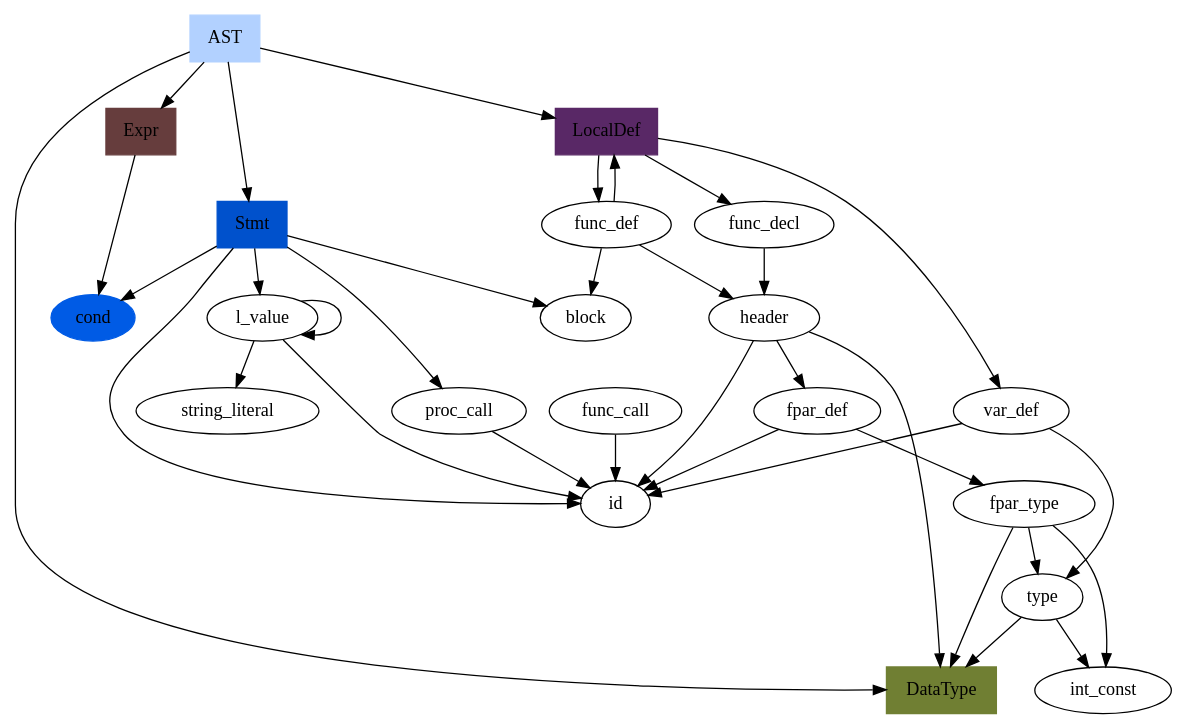
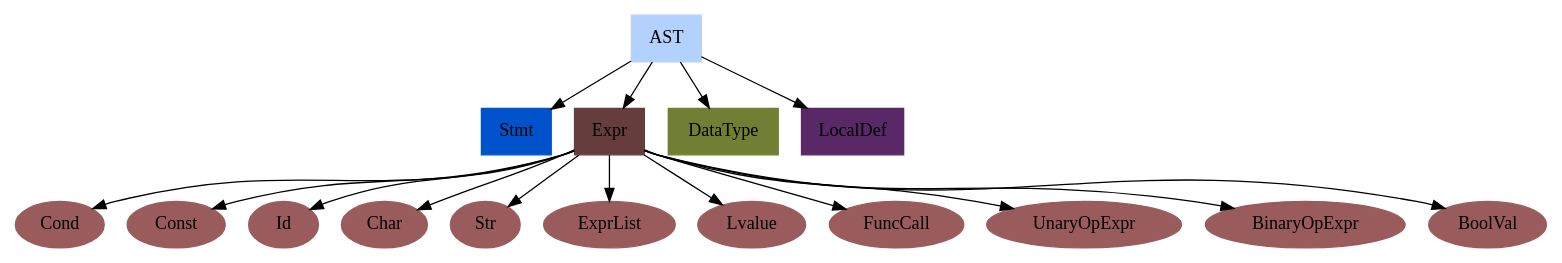
The diagram in visualizations/hierarchy.dot (orion-3464/yadanac), drawn with Graphviz before and after one commit. The commit also changed 1 other file, not shown here.

```diff
--- a/visualizations/hierarchy.dot
+++ b/visualizations/hierarchy.dot
@@ -1,60 +1,25 @@
 digraph AST {
     ast [label = "AST", shape = box, weight = 8, style = filled, color = ".6 .3 1.0"];
 
     stmt [label = "Stmt", shape = box, weight = 8, style = filled, color = ".6 1.0 .8"];
     expr [label = "Expr", shape = box, weight = 8, style = filled, color = "1.0 .4 .4"];
     data_type [label = "DataType", shape = box, weight = 8, style = filled, color = ".2 .6 .5"]; 
     local_def [label = "LocalDef", shape = box, weight = 8, style = filled, color = ".8 .6 .4"];
 
-    cond [label = cond, weight = 8, style = filled, color = ".6 1.0 .9"];
-
-    func_def;
-    
-    header;
-    local_def;
-    block;
-
-    id;
-    fpar_def;
-
-    fpar_type;
-
-    type;
-    int_const;
-
-    func_decl;
-    var_def;
-
-    l_value;
-    proc_call;
-    
-    string_literal;
+    cond [label = Cond, weight = 8, style = filled, color = "1.0 .4 .6"];
+    const [label = Const, weight = 8, style = filled, color = "1.0 .4 .6"];
+    id [label = Id, weight = 8, style = filled, color = "1.0 .4 .6"];
+    char [label = Char, weight = 8, style = filled, color = "1.0 .4 .6"];
+    str [label = Str, weight = 8, style = filled, color = "1.0 .4 .6"];
+    expr_list [label = ExprList, weight = 8, style = filled, color = "1.0 .4 .6"];
+    lvalue [label = Lvalue, weight = 8, style = filled, color = "1.0 .4 .6"];
+    func_call [label = FuncCall, weight = 8, style = filled, color = "1.0 .4 .6"];
+    un_expr [label = UnaryOpExpr, weight = 8, style = filled, color = "1.0 .4 .6"];
+    bin_expr [label = BinaryOpExpr, weight = 8, style = filled, color = "1.0 .4 .6"];
+    bool [label = BoolVal, weight = 8, style = filled, color = "1.0 .4 .6"];
 
     ast -> { stmt, expr, data_type, local_def };
 
-    expr -> { cond };
+    expr -> { cond, const, id, char, str, expr_list, lvalue, func_call, un_expr, bin_expr, bool };
 
-    func_def -> { header, local_def, block };
-
-    header -> { id, data_type, fpar_def };
-
-    fpar_def -> { id, fpar_type };
-
-    type -> { data_type, int_const };
-
-    fpar_type -> { type, data_type, int_const };
-
-    local_def -> { func_def, func_decl, var_def };
-
-    func_decl -> header;
-
-    var_def -> { id, type };
-
-    stmt -> { l_value, proc_call, block, cond, id };
-
-    proc_call -> { id };
-
-    func_call -> { id };
-
-    l_value -> { id, string_literal, l_value };
 }
```
